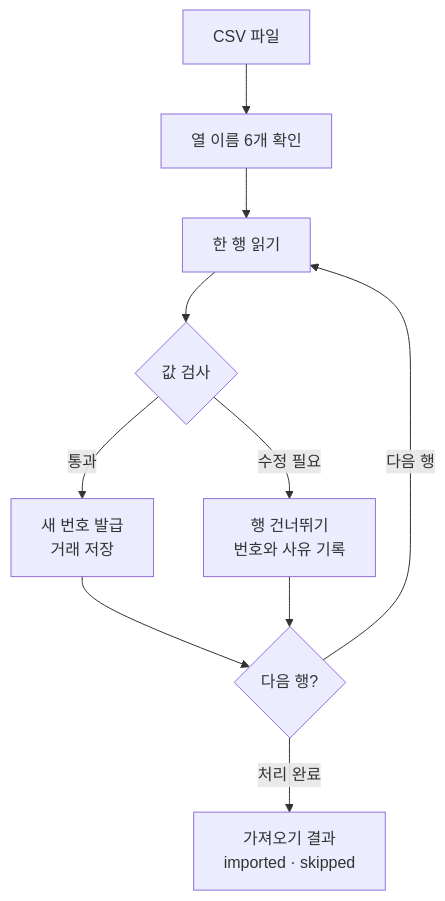
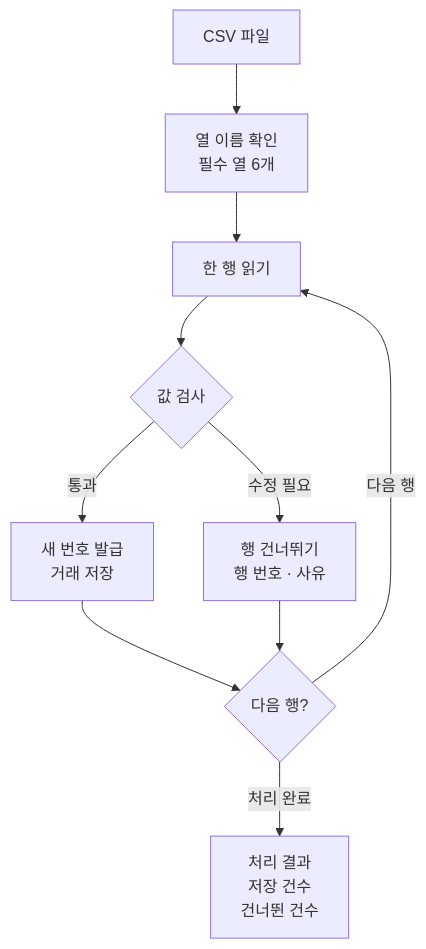
Before and after one commit to Cerhovah/Codyssey_Mission_B2-1: the fifth of 9 diagrams in README.md, drawn with Mermaid. The commit also changed other lines of this file, not shown here.

First line of the commit message:
docs: 구조도에서 단어가 갈라지는 줄바꿈 정리

````diff
--- a/README.md
+++ b/README.md
@@ -313,12 +313,12 @@
 ```mermaid
 flowchart TD
-    Csv["CSV 파일"] --> Header["열 이름 6개 확인"]
+    Csv["CSV 파일"] --> Header["열 이름 확인<br/>필수 열 6개"]
     Header --> Row["한 행 읽기"]
     Row --> Check{"값 검사"}
     Check -->|"통과"| Save["새 번호 발급<br/>거래 저장"]
-    Check -->|"수정 필요"| Skip["행 건너뛰기<br/>번호와 사유 기록"]
+    Check -->|"수정 필요"| Skip["행 건너뛰기<br/>행 번호 · 사유"]
     Save --> Next{"다음 행?"}
     Skip --> Next
     Next -->|"다음 행"| Row
-    Next -->|"처리 완료"| Result["가져오기 결과<br/>imported · skipped"]
+    Next -->|"처리 완료"| Result["처리 결과<br/>저장 건수<br/>건너뛴 건수"]
 ```
````
